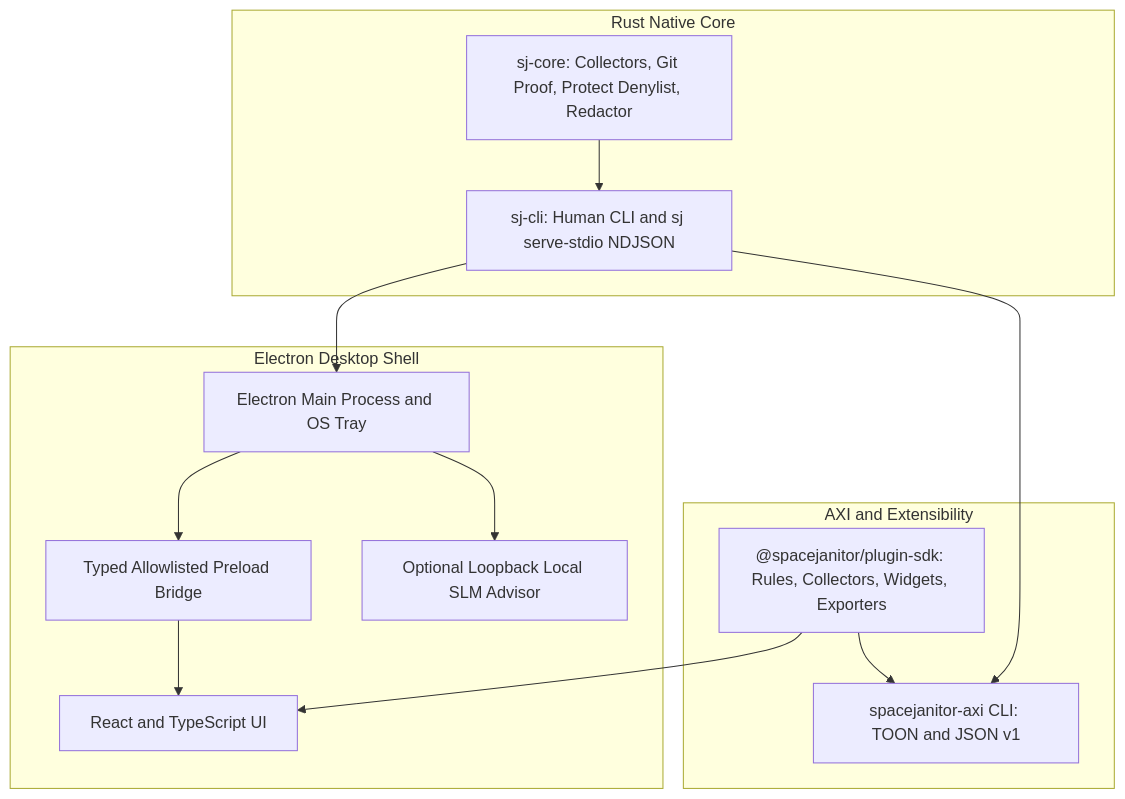
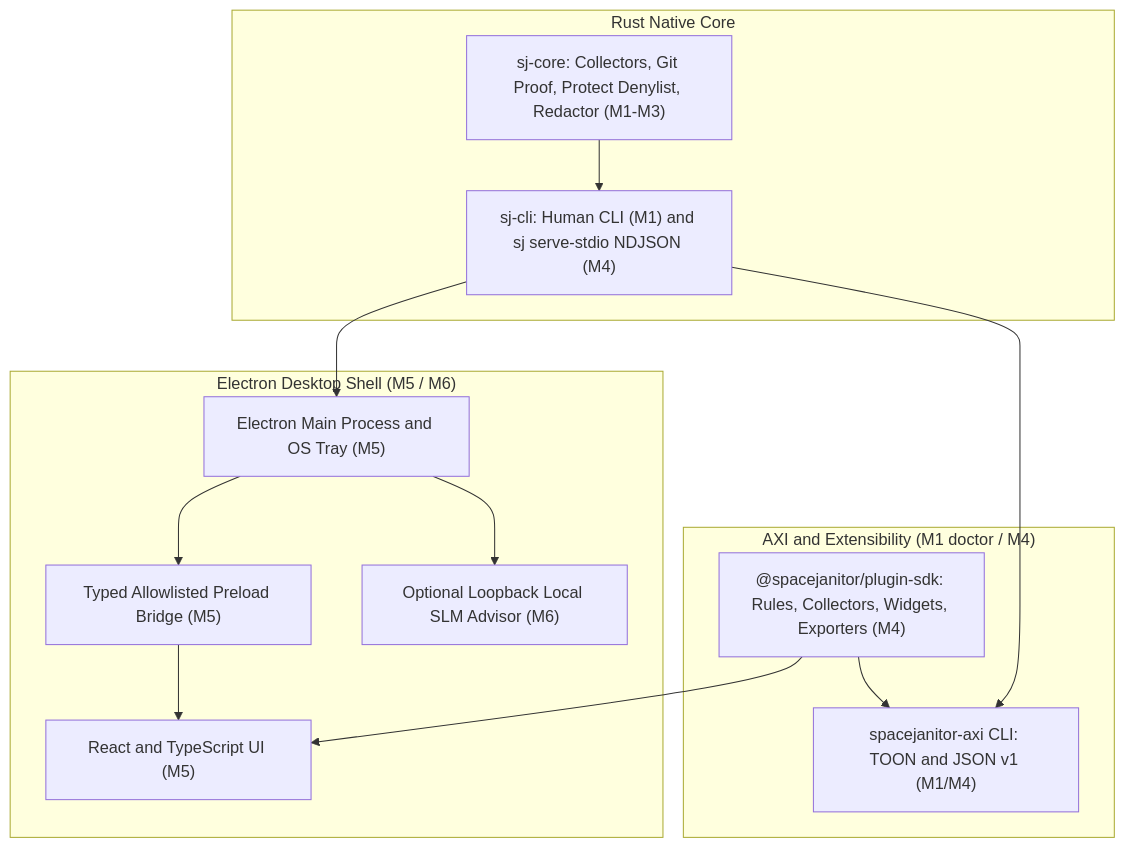
One commit to adibirzu/spacejanitor changed the first of 2 diagrams in docs/ARCHITECTURE.md. Above: the diagram before and after it, drawn with Mermaid. The commit also changed other lines of this file and 5 other files, not shown here.

Commit message:
docs: reconcile M1 vs M2-M7 milestone status, schemas, denylist, and AXI CLI

````diff
--- a/docs/ARCHITECTURE.md
+++ b/docs/ARCHITECTURE.md
@@ -18,28 +22,28 @@
 ```mermaid
 flowchart TB
   subgraph Native["Rust Native Core"]
-    SJCore["sj-core: Collectors, Git Proof, Protect Denylist, Redactor"]
-    SJCli["sj-cli: Human CLI and sj serve-stdio NDJSON"]
+    SJCore["sj-core: Collectors, Git Proof, Protect Denylist, Redactor (M1-M3)"]
+    SJCli["sj-cli: Human CLI (M1) and sj serve-stdio NDJSON (M4)"]
     SJCore --> SJCli
   end
 
-  subgraph Desktop["Electron Desktop Shell"]
-    Main["Electron Main Process and OS Tray"]
-    Preload["Typed Allowlisted Preload Bridge"]
-    UI["React and TypeScript UI"]
-    SLM["Optional Loopback Local SLM Advisor"]
+  subgraph Desktop["Electron Desktop Shell (M5 / M6)"]
+    Main["Electron Main Process and OS Tray (M5)"]
+    Preload["Typed Allowlisted Preload Bridge (M5)"]
+    UI["React and TypeScript UI (M5)"]
+    SLM["Optional Loopback Local SLM Advisor (M6)"]
     Main --> Preload
     Preload --> UI
     Main --> SLM
   end
 
-  subgraph Agent["AXI and Extensibility"]
-    AXI["spacejanitor-axi CLI: TOON and JSON v1"]
-    SDK["@spacejanitor/plugin-sdk: Rules, Collectors, Widgets, Exporters"]
+  subgraph Agent["AXI and Extensibility (M1 doctor / M4)"]
+    AXI["spacejanitor-axi CLI: TOON and JSON v1 (M1/M4)"]
+    SDK["@spacejanitor/plugin-sdk: Rules, Collectors, Widgets, Exporters (M4)"]
   end
 
   SJCli --> Main
   SJCli --> AXI
   SDK --> AXI
   SDK --> UI
 ```
````
